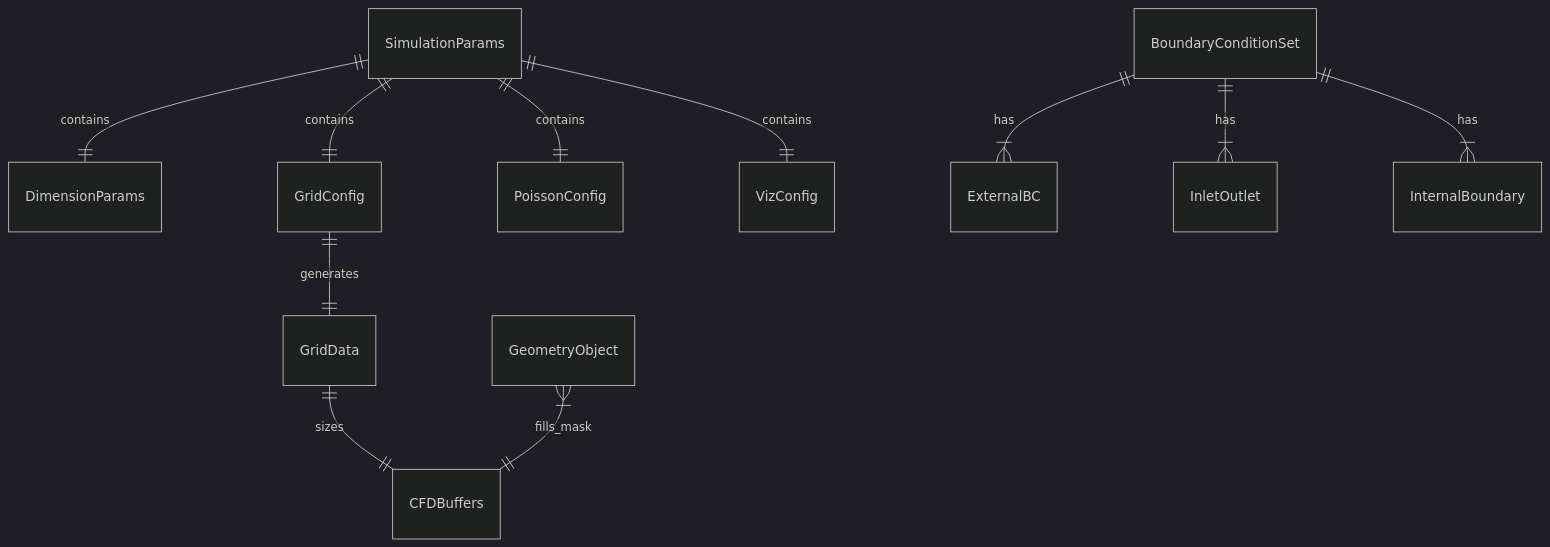
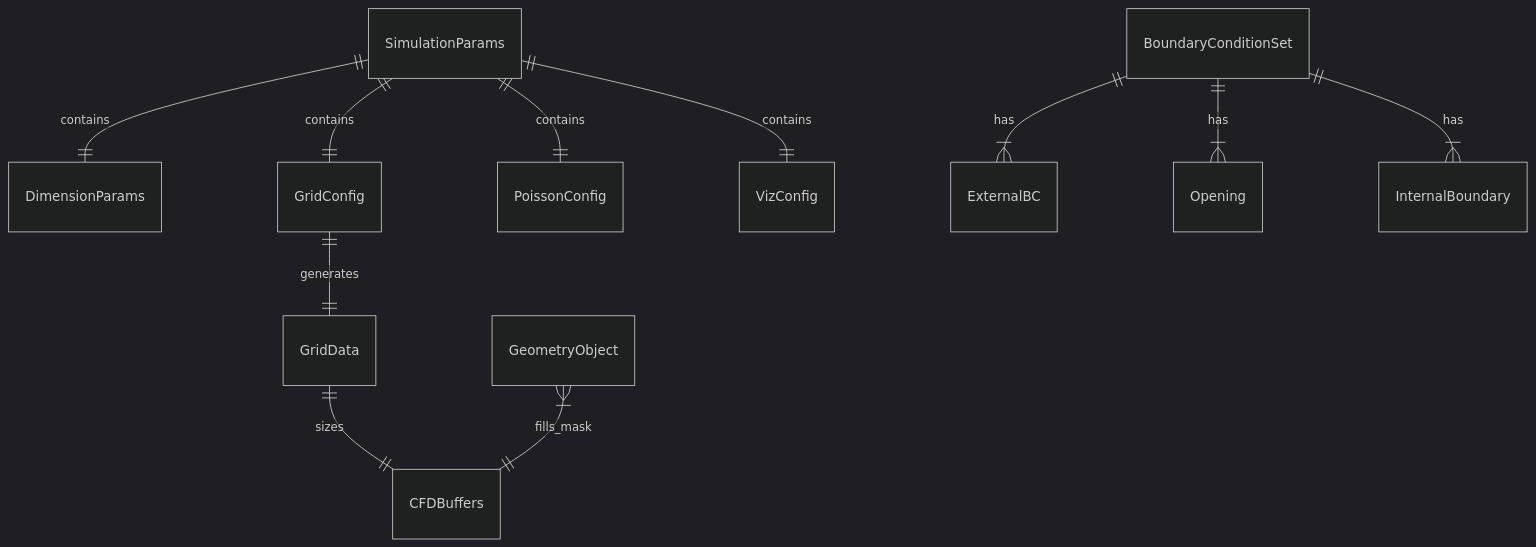
Before and after one commit to kenoogl/CleanRoom: the fourth of 4 diagrams in .kiro/specs/cleanroom-simulator/design.md, drawn with Mermaid (dark theme). The commit also changed other lines of this file and 2 other files, not shown here.

````diff
--- a/.kiro/specs/cleanroom-simulator/design.md
+++ b/.kiro/specs/cleanroom-simulator/design.md
@@ -1477,16 +1604,16 @@
 ```mermaid
 erDiagram
     SimulationParams ||--|| DimensionParams : contains
     SimulationParams ||--|| GridConfig : contains
     SimulationParams ||--|| PoissonConfig : contains
     SimulationParams ||--|| VizConfig : contains
 
     GridConfig ||--|| GridData : generates
     GridData ||--|| CFDBuffers : sizes
 
     BoundaryConditionSet ||--|{ ExternalBC : has
-    BoundaryConditionSet ||--|{ InletOutlet : has
+    BoundaryConditionSet ||--|{ Opening : has
     BoundaryConditionSet ||--|{ InternalBoundary : has
 
     GeometryObject }|--|| CFDBuffers : fills_mask
 ```
````
